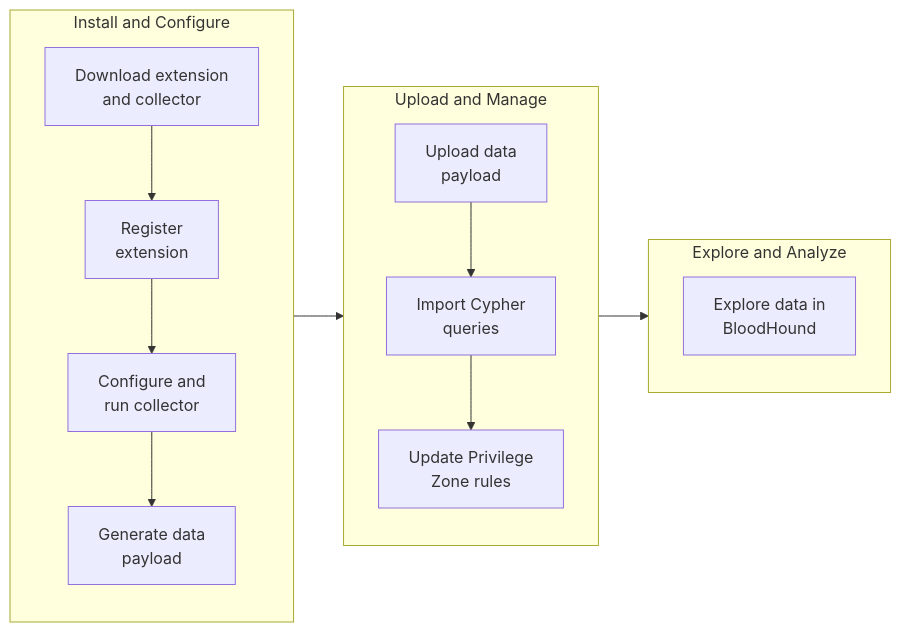
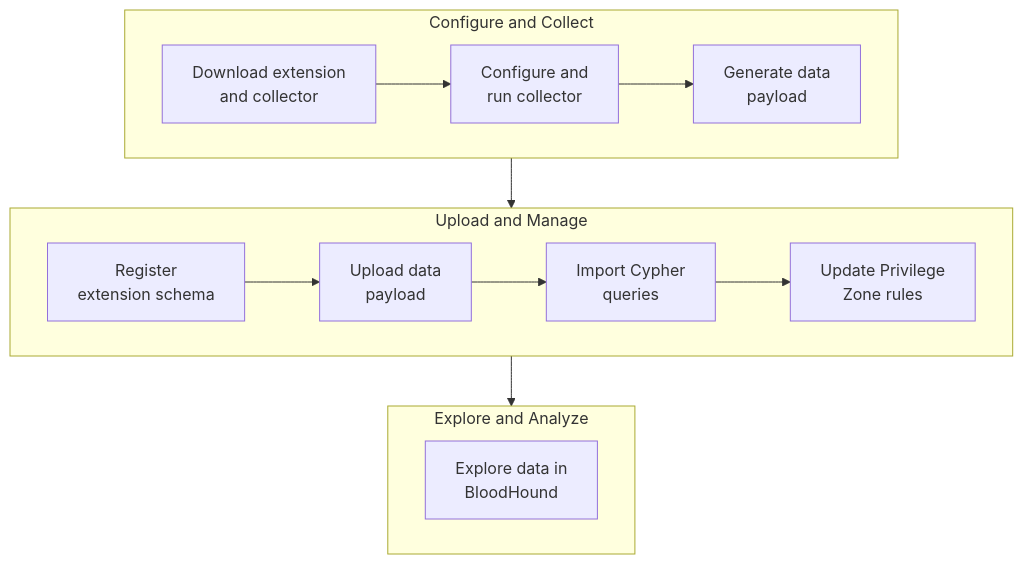
One commit to SpecterOps/bloodhound-docs changed the diagram in docs/opengraph/extensions/manage.mdx. Above: the diagram before and after it, drawn with Mermaid. The commit also changed other lines of this file and 2 other files, not shown here.

Commit message:
wip: extension mgmt tasks

````diff
--- a/docs/opengraph/extensions/manage.mdx
+++ b/docs/opengraph/extensions/manage.mdx
@@ -54,20 +54,20 @@
 ```mermaid
-flowchart LR
-	subgraph prepare[Install and Configure]
+flowchart TB
+	subgraph prepare[Configure and Collect]
 		a["Download extension<br/>and collector"]
-        a-->b["Register<br/>extension"]
-        b-->c["Configure and<br/>run collector"]
-        c-->d["Generate data<br/>payload"]
+        a-->b["Configure and<br/>run collector"]
+        b-->c["Generate data<br/>payload"]
     end
 
 	subgraph upload[Upload and Manage]
-		f["Upload data<br/>payload"]
-        f-->g["Import Cypher<br/>queries"]
-		g-->h["Update Privilege<br/>Zone rules"]
+		f["Register</br/>extension schema"]
+		f-->g["Upload data<br/>payload"]
+        g-->h["Import Cypher<br/>queries"]
+		h-->i["Update Privilege<br/>Zone rules"]
 	end
 
 	subgraph use[Explore and Analyze]
-		i["Explore data in<br/>BloodHound"]
+		j["Explore data in<br/>BloodHound"]
 	end
     prepare-->upload-->use
 ```
````
